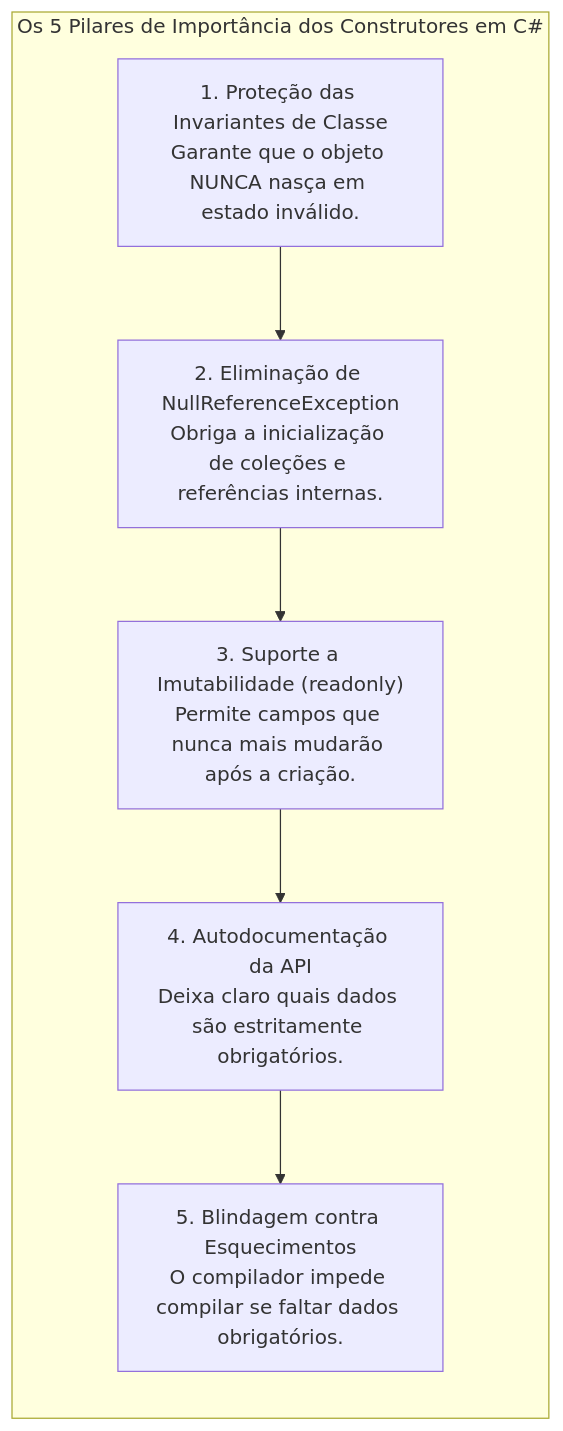
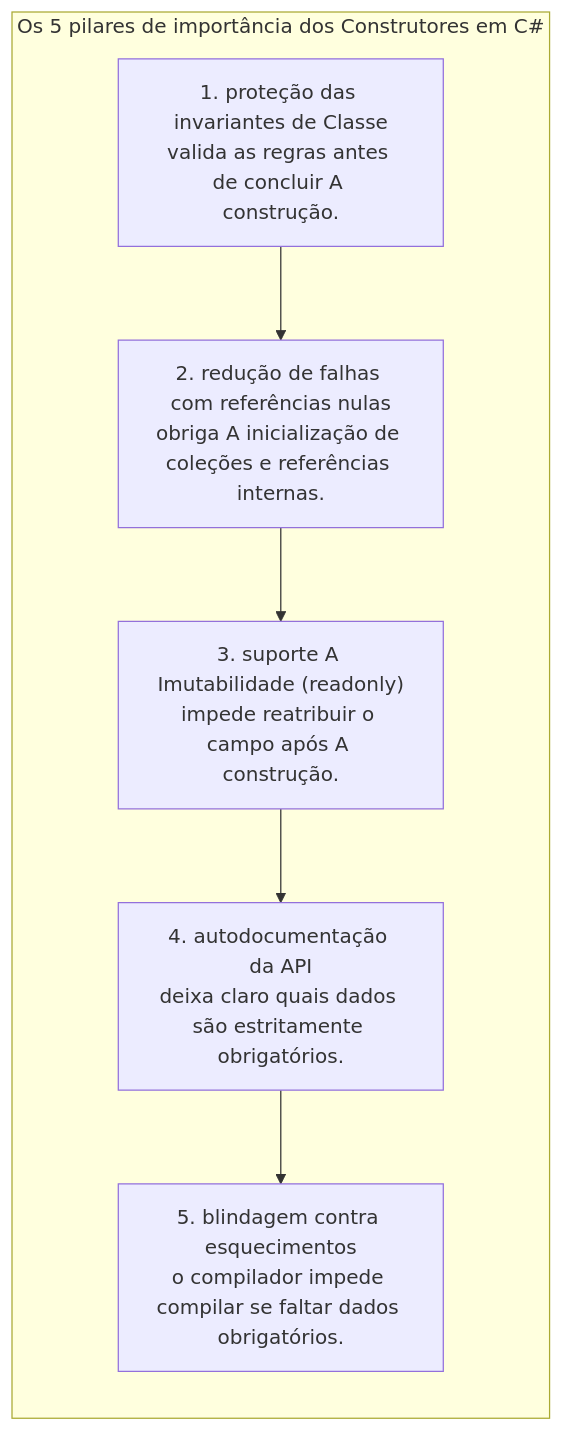
The eighth of 8 diagrams in 01. Programacao Modular/08. Construtores (inicialização, sobrecarga e garantia de invariantes).md (leorruas/puc), drawn with Mermaid before and after one commit. The commit also changed other lines of this file and 10 other files, not shown here.

````diff
--- a/01. Programacao Modular/08. Construtores (inicialização, sobrecarga e garantia de invariantes).md
+++ b/01. Programacao Modular/08. Construtores (inicialização, sobrecarga e garantia de invariantes).md
@@ -522,16 +552,16 @@
 ```mermaid
 flowchart TD
-    subgraph Importancia ["Os 5 Pilares de Importância dos Construtores em C#"]
+    subgraph Importancia ["Os 5 pilares de importância dos Construtores em C#"]
         direction TB
-        P1["1. Proteção das Invariantes de Classe<br>Garante que o objeto NUNCA nasça em estado inválido."]
-        P2["2. Eliminação de NullReferenceException<br>Obriga a inicialização de coleções e referências internas."]
-        P3["3. Suporte a Imutabilidade (readonly)<br>Permite campos que nunca mais mudarão após a criação."]
-        P4["4. Autodocumentação da API<br>Deixa claro quais dados são estritamente obrigatórios."]
-        P5["5. Blindagem contra Esquecimentos<br>O compilador impede compilar se faltar dados obrigatórios."]
+        P1["1. proteção das invariantes de Classe<br>valida as regras antes de concluir A construção."]
+        P2["2. redução de falhas com referências nulas<br>obriga A inicialização de coleções e referências internas."]
+        P3["3. suporte A Imutabilidade (readonly)<br>impede reatribuir o campo após A construção."]
+        P4["4. autodocumentação da API<br>deixa claro quais dados são estritamente obrigatórios."]
+        P5["5. blindagem contra esquecimentos<br>o compilador impede compilar se faltar dados obrigatórios."]
 
         P1 --> P2
         P2 --> P3
         P3 --> P4
         P4 --> P5
     end
 ```
````
